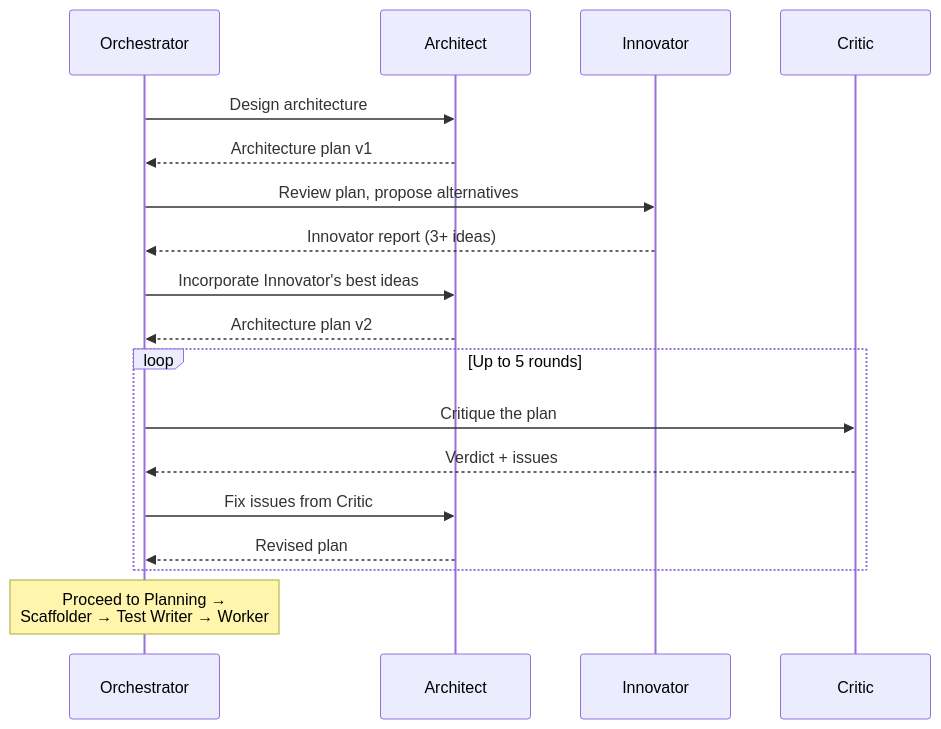
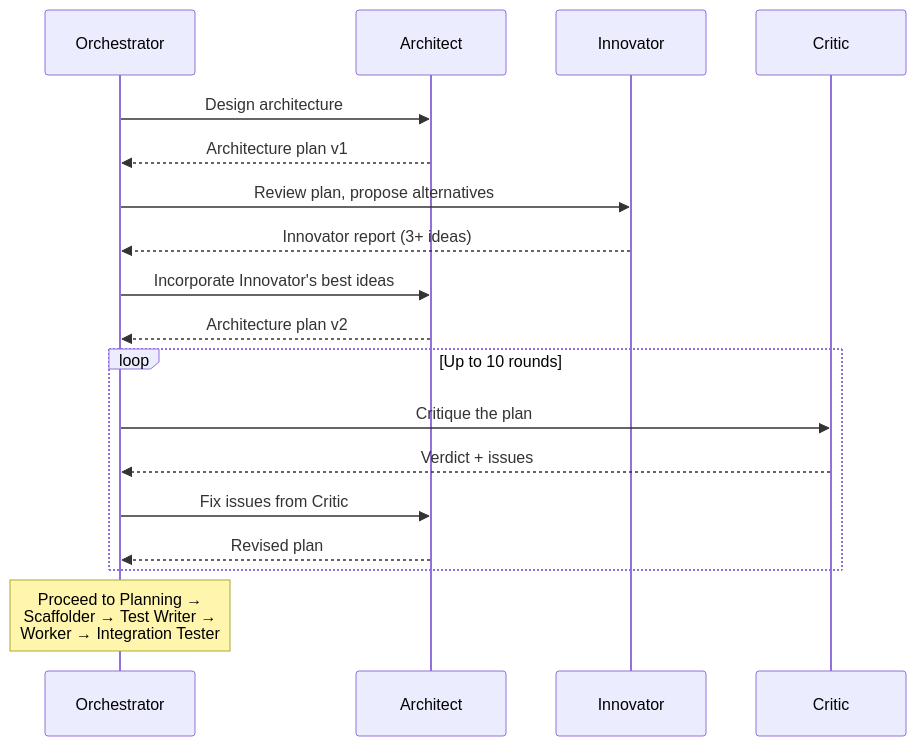
One commit to Doumajnik/template changed the fourth of 4 diagrams in AGENTS.md. Above: the diagram before and after it, drawn with Mermaid. The commit also changed other lines of this file and 45 other files, not shown here.

````diff
--- a/AGENTS.md
+++ b/AGENTS.md
@@ -118,21 +153,21 @@
 ```mermaid
 sequenceDiagram
     participant O as Orchestrator
     participant A as Architect
     participant IN as Innovator
     participant C as Critic
 
     O->>A: Design architecture
     A-->>O: Architecture plan v1
     O->>IN: Review plan, propose alternatives
     IN-->>O: Innovator report (3+ ideas)
     O->>A: Incorporate Innovator's best ideas
     A-->>O: Architecture plan v2
-    loop Up to 5 rounds
+    loop Up to 10 rounds
         O->>C: Critique the plan
         C-->>O: Verdict + issues
         O->>A: Fix issues from Critic
         A-->>O: Revised plan
     end
-    Note over O: Proceed to Planning →<br/>Scaffolder → Test Writer → Worker
+    Note over O: Proceed to Planning →<br/>Scaffolder → Test Writer →<br/>Worker → Integration Tester
 ```
````
